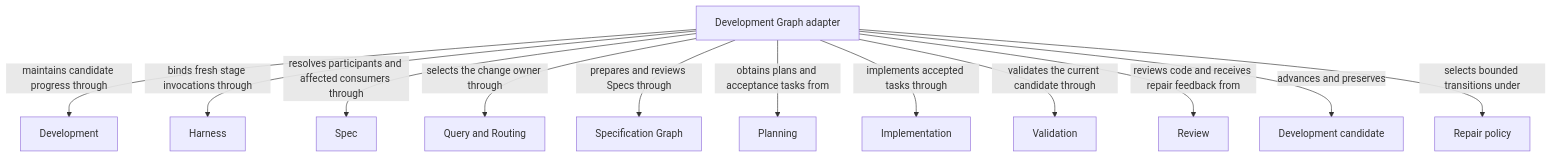
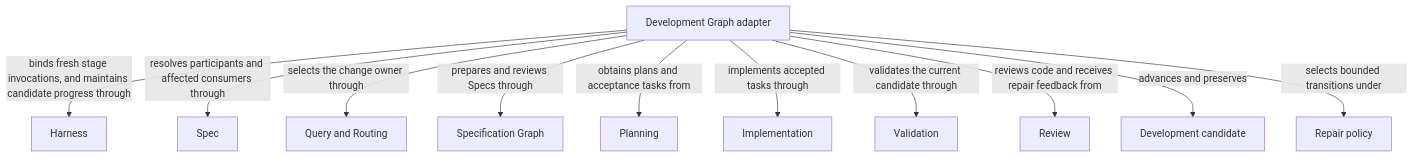
The diagram in specs/concorde/dev-loop/module.md (FTOD/concorde), drawn with Mermaid before and after one commit. The commit also changed other lines of this file and 82 other files, not shown here.

````diff
--- a/specs/concorde/dev-loop/module.md
+++ b/specs/concorde/dev-loop/module.md
@@ -90,28 +90,26 @@
 ```mermaid
 flowchart TB
     accTitle: Development Graph entities and dependencies
     accDescr: Development Graph records one candidate and bounded repair policy while sibling providers route intent, prepare Specs, plan tasks, implement code, validate the candidate and independently review code.
     e0["Development Graph adapter"]
-    e1["Development"]
     e2["Harness"]
     e3["Spec"]
     e4["Query and Routing"]
     e5["Specification Graph"]
     e6["Planning"]
     e7["Implementation"]
     e8["Validation"]
     e9["Review"]
-    e0 -->|maintains candidate progress through| e1
-    e0 -->|binds fresh stage invocations through| e2
+    e0 -->|binds fresh stage invocations, and maintains candidate progress through| e2
     e0 -->|resolves participants and affected consumers through| e3
     e0 -->|selects the change owner through| e4
     e0 -->|prepares and reviews Specs through| e5
     e0 -->|obtains plans and acceptance tasks from| e6
     e0 -->|implements accepted tasks through| e7
     e0 -->|validates the current candidate through| e8
     e0 -->|reviews code and receives repair feedback from| e9
     domain_candidate["Development candidate"]
     e0 -->|advances and preserves| domain_candidate
     domain_repair["Repair policy"]
     e0 -->|selects bounded transitions under| domain_repair
 ```
````
